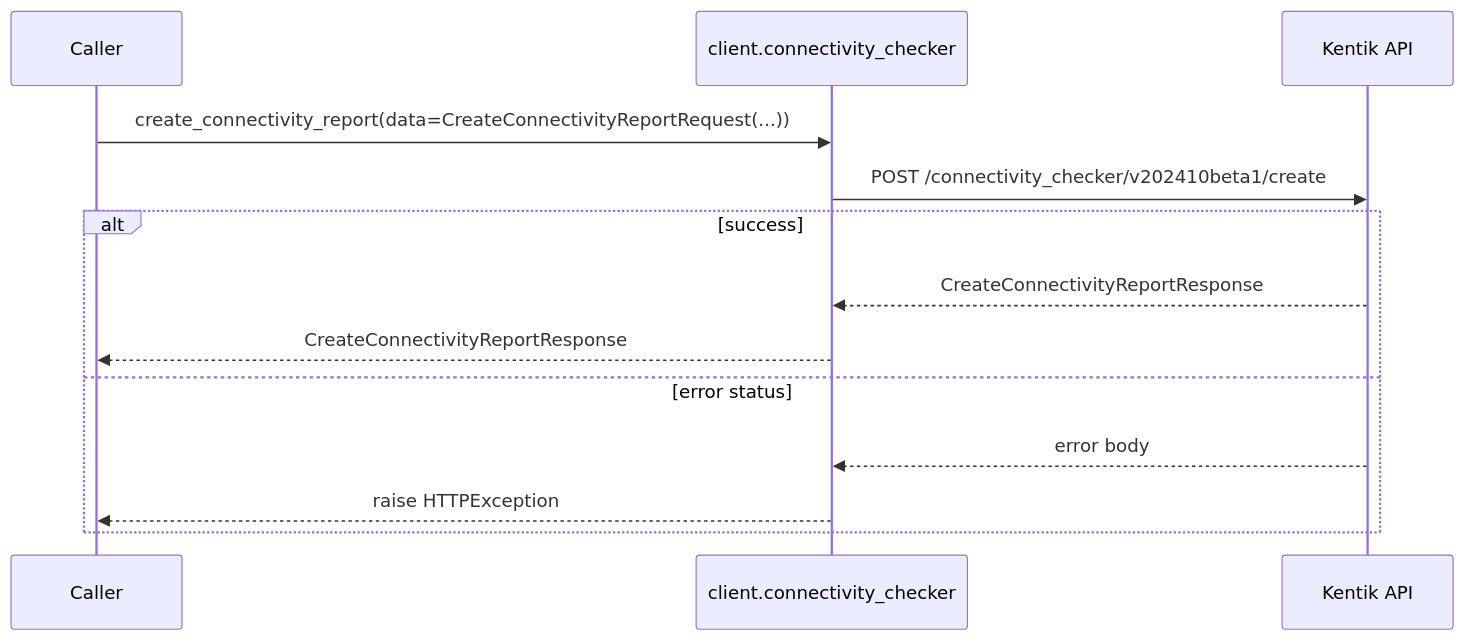
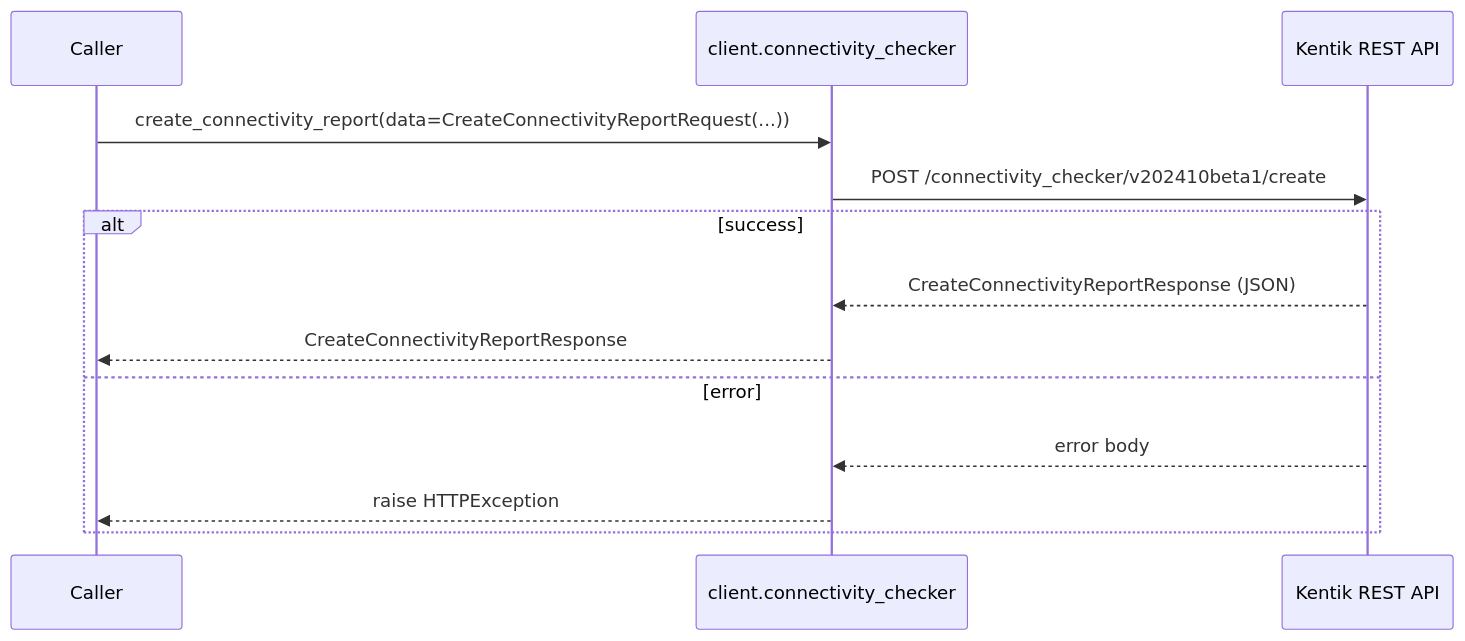
The second of 4 diagrams in docs/sphinx/services/connectivity_checker.md (alexdearaujo/community_sdk_python), drawn with Mermaid before and after one commit. The commit also changed other lines of this file and 61 other files, not shown here.

````diff
--- a/docs/sphinx/services/connectivity_checker.md
+++ b/docs/sphinx/services/connectivity_checker.md
@@ -33,16 +35,16 @@
 ```mermaid
 sequenceDiagram
     participant C as Caller
     participant W as client.connectivity_checker
-    participant API as Kentik API
+    participant API as Kentik REST API
 
     C->>W: create_connectivity_report(data=CreateConnectivityReportRequest(...))
     W->>API: POST /connectivity_checker/v202410beta1/create
     alt success
-        API-->>W: CreateConnectivityReportResponse
+        API-->>W: CreateConnectivityReportResponse (JSON)
         W-->>C: CreateConnectivityReportResponse
-    else error status
+    else error
         API-->>W: error body
         W-->>C: raise HTTPException
     end
 ```
````
